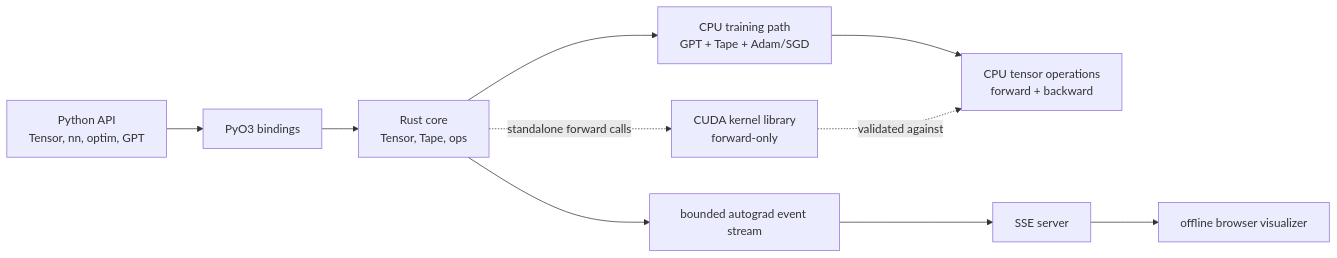
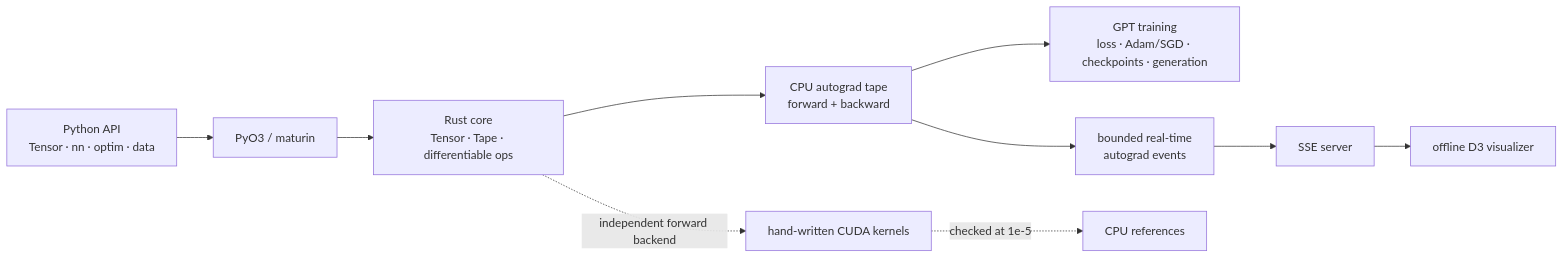
Before and after one commit to Pranoym17/Glassbox: the diagram in README.md, drawn with Mermaid. The commit also changed other lines of this file and 6 other files, not shown here.

Commit message:
expose python exp and log ops

````diff
--- a/README.md
+++ b/README.md
@@ -30,15 +22,14 @@
 ```mermaid
 flowchart LR
-    Python["Python API<br/>Tensor, nn, optim, GPT"] --> PyO3["PyO3 bindings"]
-    PyO3 --> Core["Rust core<br/>Tensor, Tape, ops"]
+    Python["Python API<br/>Tensor · nn · optim · data"] --> PyO3["PyO3 / maturin"]
+    PyO3 --> Core["Rust core<br/>Tensor · Tape · differentiable ops"]
 
-    Core --> Training["CPU training path<br/>GPT + Tape + Adam/SGD"]
-    Training --> CpuOps["CPU tensor operations<br/>forward + backward"]
+    Core --> Tape["CPU autograd tape<br/>forward + backward"]
+    Tape --> GPT["GPT training<br/>loss · Adam/SGD · checkpoints · generation"]
+    Tape --> Events["bounded real-time<br/>autograd events"]
+    Events --> SSE["SSE server"]
+    SSE --> Browser["offline D3 visualizer"]
 
-    Core -. "standalone forward calls" .-> Cuda["CUDA kernel library<br/>forward-only"]
-    Cuda -. "validated against" .-> CpuOps
-
-    Core --> Events["bounded autograd event stream"]
-    Events --> SSE["SSE server"]
-    SSE --> Visualizer["offline browser visualizer"]
+    Core -. "independent forward backend" .-> CUDA["hand-written CUDA kernels"]
+    CUDA -. "checked at 1e-5" .-> References["CPU references"]
 ```
````
